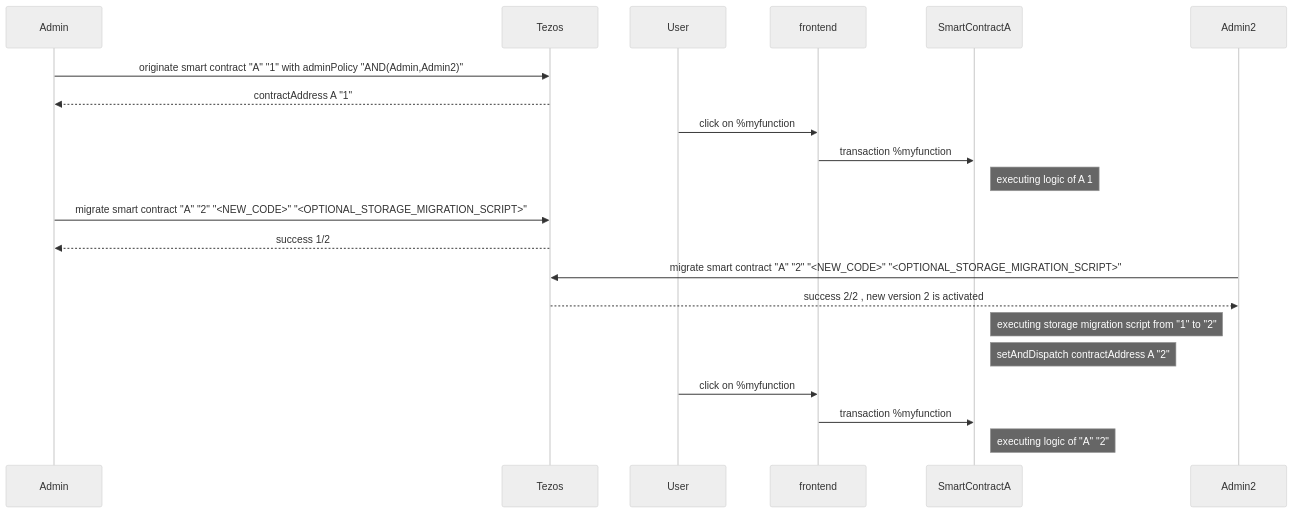
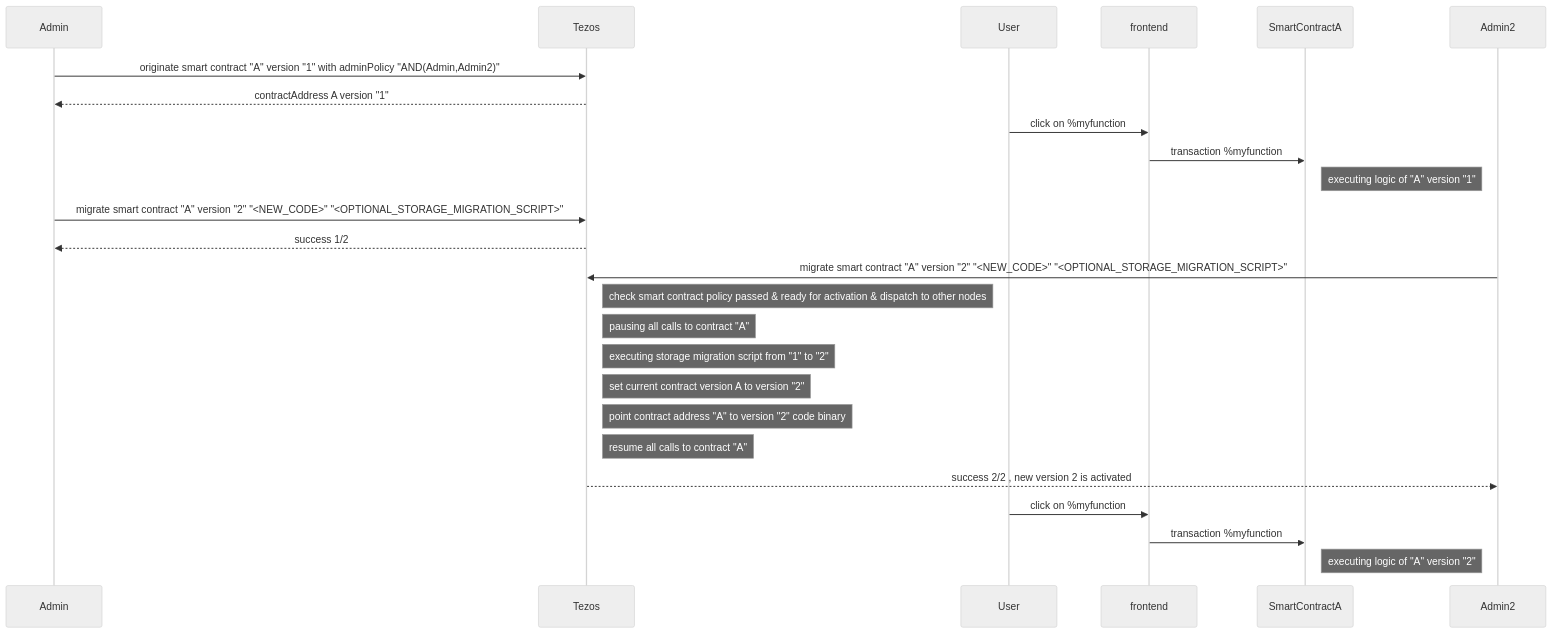
One commit to marigold-dev/training-dapp-4 changed the eighth of 8 diagrams in README.md. Above: the diagram before and after it, drawn with Mermaid (neutral theme). The commit also changed other lines of this file, not shown here.

Commit message:
more comments

````diff
--- a/README.md
+++ b/README.md
@@ -166,17 +166,21 @@
 ```mermaid
 sequenceDiagram
-  Admin->>Tezos: originate smart contract "A" "1" with adminPolicy "AND(Admin,Admin2)" 
-  Tezos-->>Admin: contractAddress A "1"
+  Admin->>Tezos: originate smart contract "A" version "1" with adminPolicy "AND(Admin,Admin2)" 
+  Tezos-->>Admin: contractAddress A version "1"
   User->>frontend: click on %myfunction
   frontend->>SmartContractA: transaction %myfunction
-  Note right of SmartContractA : executing logic of A 1
-  Admin->>Tezos: migrate smart contract "A" "2" "<NEW_CODE>" "<OPTIONAL_STORAGE_MIGRATION_SCRIPT>"
+  Note right of SmartContractA : executing logic of "A" version "1"
+  Admin->>Tezos: migrate smart contract "A" version "2" "<NEW_CODE>" "<OPTIONAL_STORAGE_MIGRATION_SCRIPT>"
   Tezos-->>Admin: success 1/2
-  Admin2->>Tezos: migrate smart contract "A" "2" "<NEW_CODE>" "<OPTIONAL_STORAGE_MIGRATION_SCRIPT>"
+  Admin2->>Tezos: migrate smart contract "A" version "2" "<NEW_CODE>" "<OPTIONAL_STORAGE_MIGRATION_SCRIPT>"
+  Note right of Tezos : check smart contract policy passed & ready for activation & dispatch to other nodes
+  Note right of Tezos : pausing all calls to contract "A"
+  Note right of Tezos : executing storage migration script from "1" to "2"
+  Note right of Tezos : set current contract version A to version "2"
+  Note right of Tezos : point contract address "A" to version "2" code binary
+  Note right of Tezos : resume all calls to contract "A"
   Tezos-->>Admin2: success 2/2 , new version 2 is activated
-  Note right of SmartContractA : executing storage migration script from "1" to "2"
-  Note right of SmartContractA : setAndDispatch contractAddress A "2"
   User->>frontend: click on %myfunction
   frontend->>SmartContractA: transaction %myfunction
-  Note right of SmartContractA : executing logic of "A" "2"
+  Note right of SmartContractA : executing logic of "A" version "2"
 ```
````
